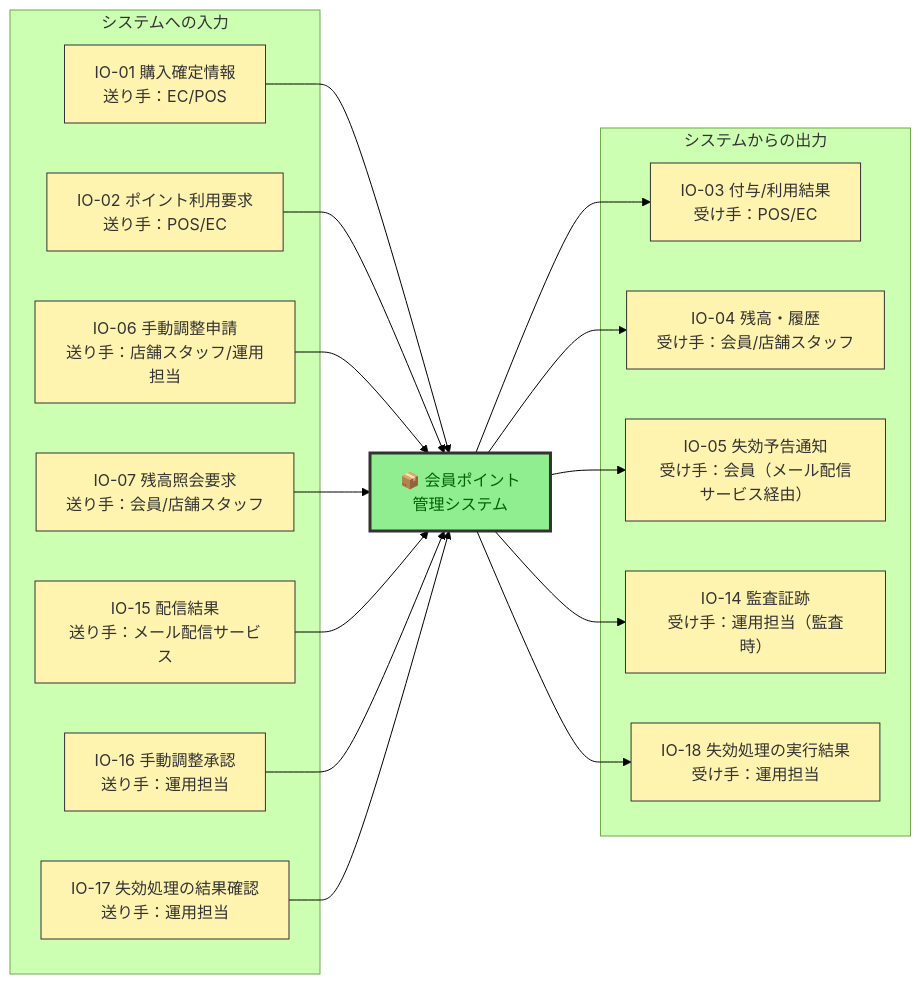
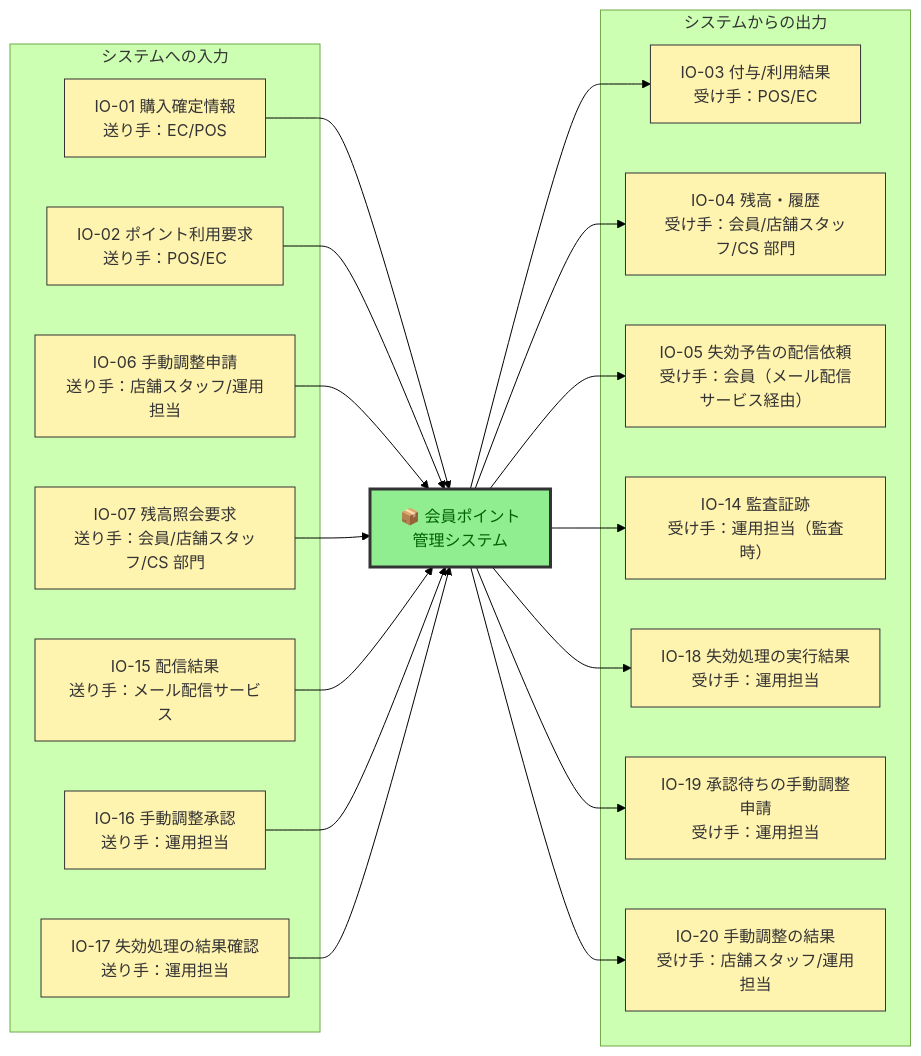
Before and after one commit to kasiopeiya/claude-dev-template: the seventh of 15 diagrams in samples/docs/requirements.md, drawn with Mermaid (forest theme). The commit also changed other lines of this file, not shown here.

````diff
--- a/samples/docs/requirements.md
+++ b/samples/docs/requirements.md
@@ -450,37 +462,41 @@
 ```mermaid
 flowchart LR
     subgraph IN["システムへの入力"]
       i1["IO-01 購入確定情報<br/>送り手：EC/POS"]
       i2["IO-02 ポイント利用要求<br/>送り手：POS/EC"]
       i6["IO-06 手動調整申請<br/>送り手：店舗スタッフ/運用担当"]
-      i7["IO-07 残高照会要求<br/>送り手：会員/店舗スタッフ"]
+      i7["IO-07 残高照会要求<br/>送り手：会員/店舗スタッフ/CS 部門"]
       i15["IO-15 配信結果<br/>送り手：メール配信サービス"]
       i16["IO-16 手動調整承認<br/>送り手：運用担当"]
       i17["IO-17 失効処理の結果確認<br/>送り手：運用担当"]
     end
     sys["📦 会員ポイント<br/>管理システム"]
     subgraph OUT["システムからの出力"]
       o3["IO-03 付与/利用結果<br/>受け手：POS/EC"]
-      o4["IO-04 残高・履歴<br/>受け手：会員/店舗スタッフ"]
-      o5["IO-05 失効予告通知<br/>受け手：会員（メール配信サービス経由）"]
+      o4["IO-04 残高・履歴<br/>受け手：会員/店舗スタッフ/CS 部門"]
+      o5["IO-05 失効予告の配信依頼<br/>受け手：会員（メール配信サービス経由）"]
       o14["IO-14 監査証跡<br/>受け手：運用担当（監査時）"]
       o18["IO-18 失効処理の実行結果<br/>受け手：運用担当"]
+      o19["IO-19 承認待ちの手動調整申請<br/>受け手：運用担当"]
+      o20["IO-20 手動調整の結果<br/>受け手：店舗スタッフ/運用担当"]
     end
     i1 --> sys
     i2 --> sys
     i6 --> sys
     i7 --> sys
     i15 --> sys
     i16 --> sys
     i17 --> sys
     sys --> o3
     sys --> o4
     sys --> o5
     sys --> o14
     sys --> o18
+    sys --> o19
+    sys --> o20
 
     classDef internal fill:#90EE90,stroke:#333,stroke-width:3px,color:darkgreen
     classDef io fill:#FFF3B0,stroke:#333,stroke-width:1px,color:#333
     class sys internal
-    class i1,i2,i6,i7,i15,i16,i17,o3,o4,o5,o14,o18 io
+    class i1,i2,i6,i7,i15,i16,i17,o3,o4,o5,o14,o18,o19,o20 io
 ```
````
